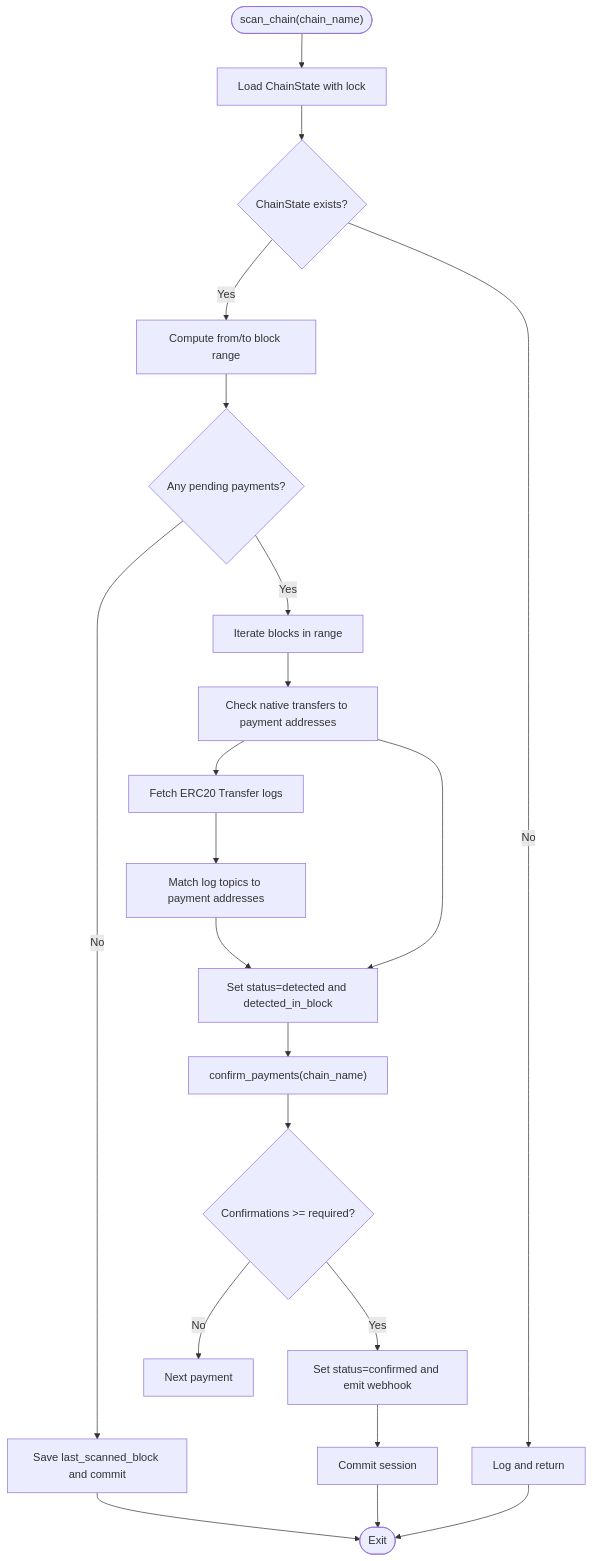
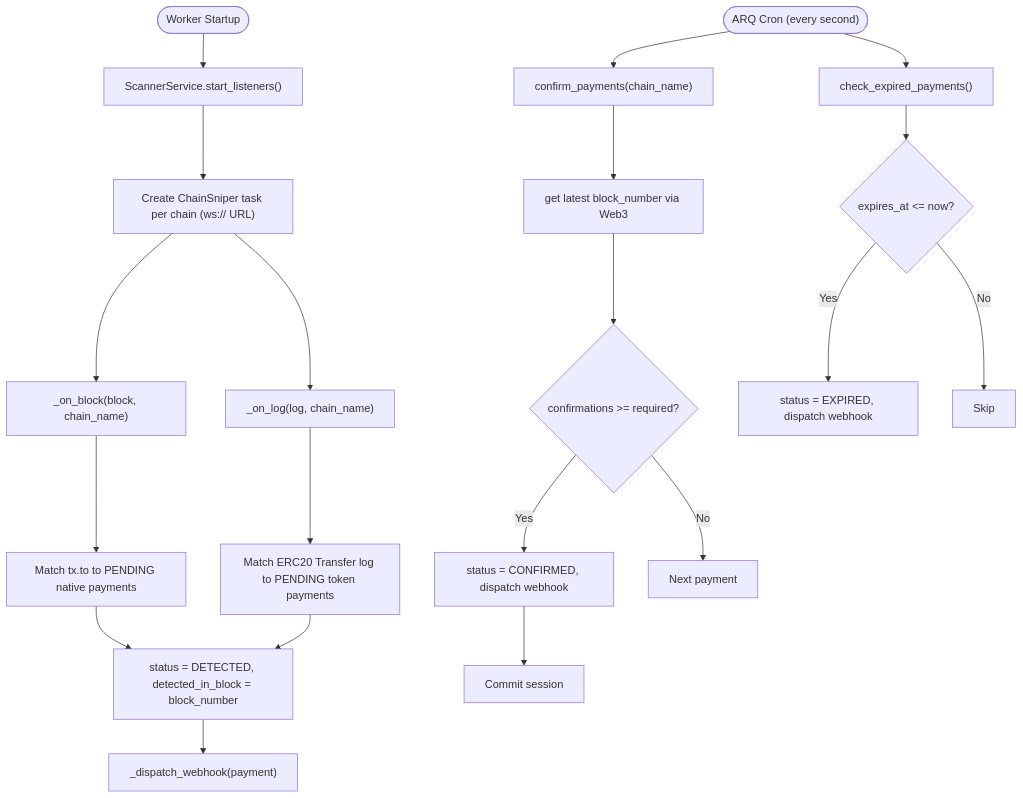
One commit to rakibhossain72/ctrip-docs changed the third of 8 diagrams in docs/core-services/core-services.md. Above: the diagram before and after it, drawn with Mermaid. The commit also changed other lines of this file and 25 other files, not shown here.

First line of the commit message:
docs: Update documentation to reflect ARQ task migration from Dramatiq

````diff
--- a/docs/core-services/core-services.md
+++ b/docs/core-services/core-services.md
@@ -204,23 +214,24 @@
 ```mermaid
 flowchart TD
-Start(["scan_chain(chain_name)"]) --> LoadState["Load ChainState with lock"]
-LoadState --> CheckState{"ChainState exists?"}
-CheckState --> |No| Skip["Log and return"]
-CheckState --> |Yes| ComputeRange["Compute from/to block range"]
-ComputeRange --> HasPayments{"Any pending payments?"}
-HasPayments --> |No| SaveLast["Save last_scanned_block and commit"]
-HasPayments --> |Yes| LoopBlocks["Iterate blocks in range"]
-LoopBlocks --> NativeLoop["Check native transfers to payment addresses"]
-NativeLoop --> ERC20Logs["Fetch ERC20 Transfer logs"]
-ERC20Logs --> MatchERC20["Match log topics to payment addresses"]
-MatchERC20 --> UpdateDetected["Set status=detected and detected_in_block"]
-NativeLoop --> UpdateDetected
-UpdateDetected --> ConfirmStep["confirm_payments(chain_name)"]
-ConfirmStep --> CheckConfirm{"Confirmations >= required?"}
-CheckConfirm --> |Yes| MarkConfirmed["Set status=confirmed and emit webhook"]
-CheckConfirm --> |No| NextPayment["Next payment"]
+WorkerStart(["Worker Startup"]) --> StartListeners["ScannerService.start_listeners()"]
+StartListeners --> CreateSniper["Create ChainSniper task per chain (ws:// URL)"]
+CreateSniper --> OnBlock["_on_block(block, chain_name)"]
+CreateSniper --> OnLog["_on_log(log, chain_name)"]
+OnBlock --> MatchNative["Match tx.to to PENDING native payments"]
+OnLog --> MatchERC20["Match ERC20 Transfer log to PENDING token payments"]
+MatchNative --> SetDetected["status = DETECTED, detected_in_block = block_number"]
+MatchERC20 --> SetDetected
+SetDetected --> DispatchWebhook["_dispatch_webhook(payment)"]
+
+Cron(["ARQ Cron (every second)"]) --> ConfirmStep["confirm_payments(chain_name)"]
+ConfirmStep --> GetLatest["get latest block_number via Web3"]
+GetLatest --> CheckConf{"confirmations >= required?"}
+CheckConf --> |Yes| MarkConfirmed["status = CONFIRMED, dispatch webhook"]
+CheckConf --> |No| NextPayment["Next payment"]
 MarkConfirmed --> Commit["Commit session"]
-SaveLast --> End(["Exit"])
-Commit --> End
-Skip --> End
+
+Cron --> ExpireStep["check_expired_payments()"]
+ExpireStep --> CheckExpiry{"expires_at <= now?"}
+CheckExpiry --> |Yes| MarkExpired["status = EXPIRED, dispatch webhook"]
+CheckExpiry --> |No| Skip["Skip"]
 ```
````
